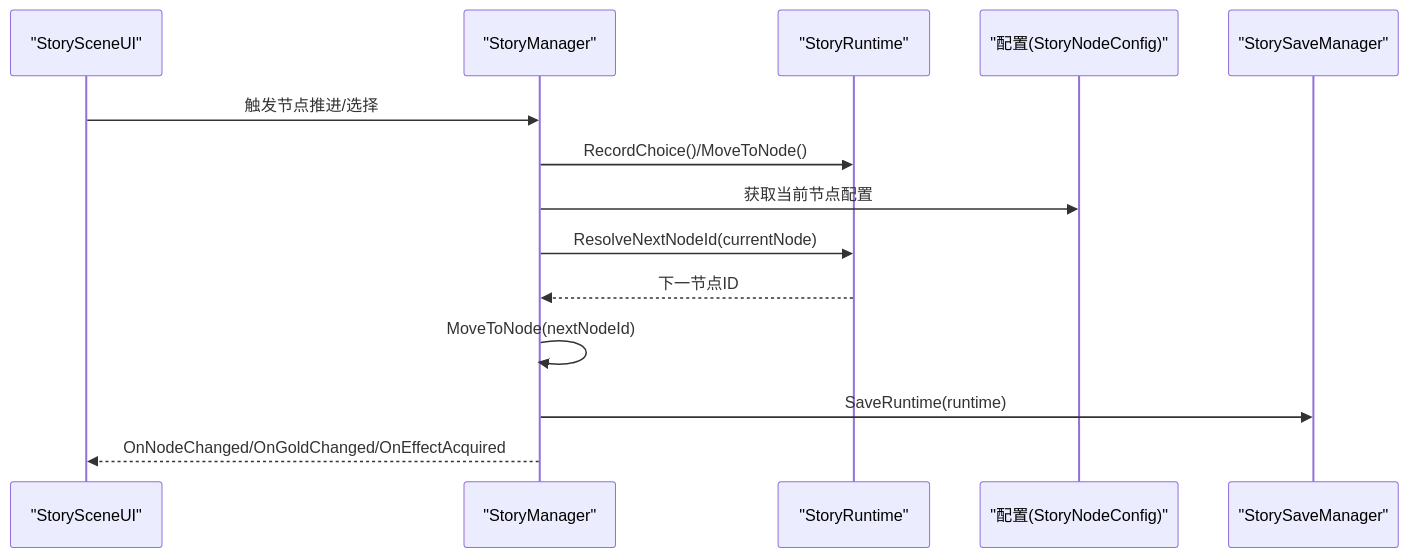
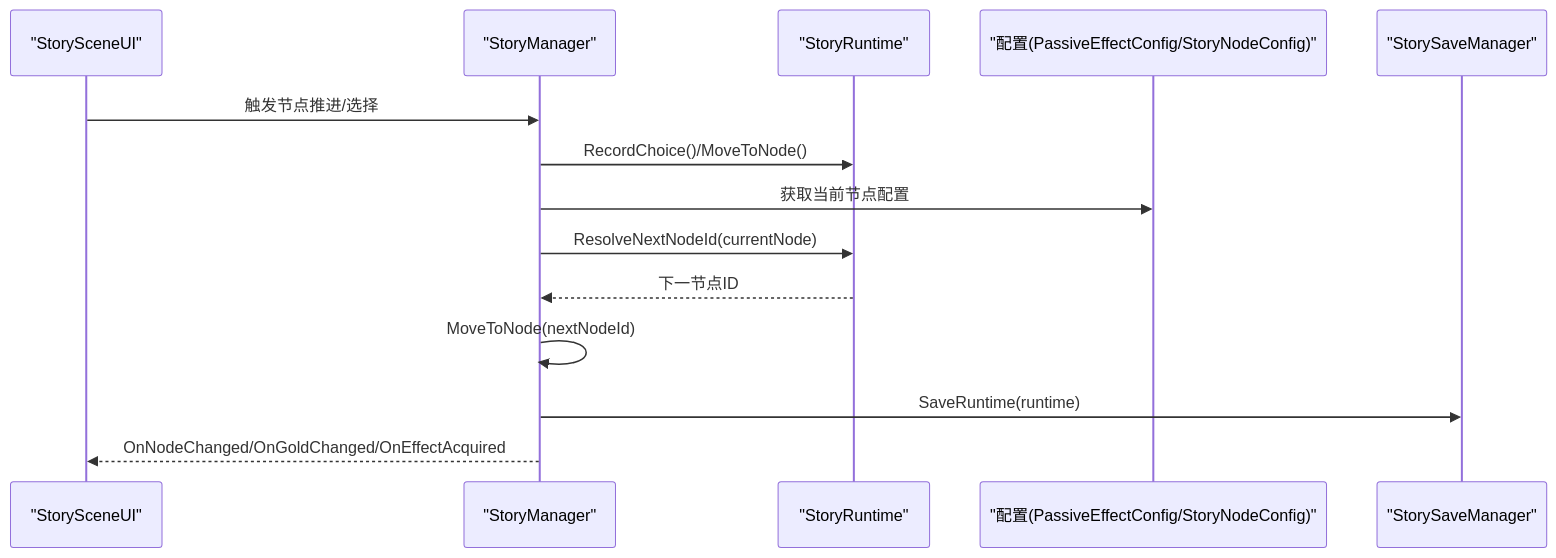
One commit to Tuusen/p1_client changed the second of 7 diagrams in .qoder/repowiki/zh/content/故事剧情系统/故事运行时系统.md. Above: the diagram before and after it, drawn with Mermaid. The commit also changed other lines of this file and 6 other files, not shown here.

````diff
--- a/.qoder/repowiki/zh/content/故事剧情系统/故事运行时系统.md
+++ b/.qoder/repowiki/zh/content/故事剧情系统/故事运行时系统.md
@@ -107,16 +122,16 @@
 ```mermaid
 sequenceDiagram
 participant UI as "StorySceneUI"
 participant SM as "StoryManager"
 participant SR as "StoryRuntime"
-participant CFG as "配置(StoryNodeConfig)"
+participant CFG as "配置(PassiveEffectConfig/StoryNodeConfig)"
 participant SSM as "StorySaveManager"
 UI->>SM : 触发节点推进/选择
 SM->>SR : RecordChoice()/MoveToNode()
 SM->>CFG : 获取当前节点配置
 SM->>SR : ResolveNextNodeId(currentNode)
 SR-->>SM : 下一节点ID
 SM->>SM : MoveToNode(nextNodeId)
 SM->>SSM : SaveRuntime(runtime)
 SM-->>UI : OnNodeChanged/OnGoldChanged/OnEffectAcquired
 ```
````
